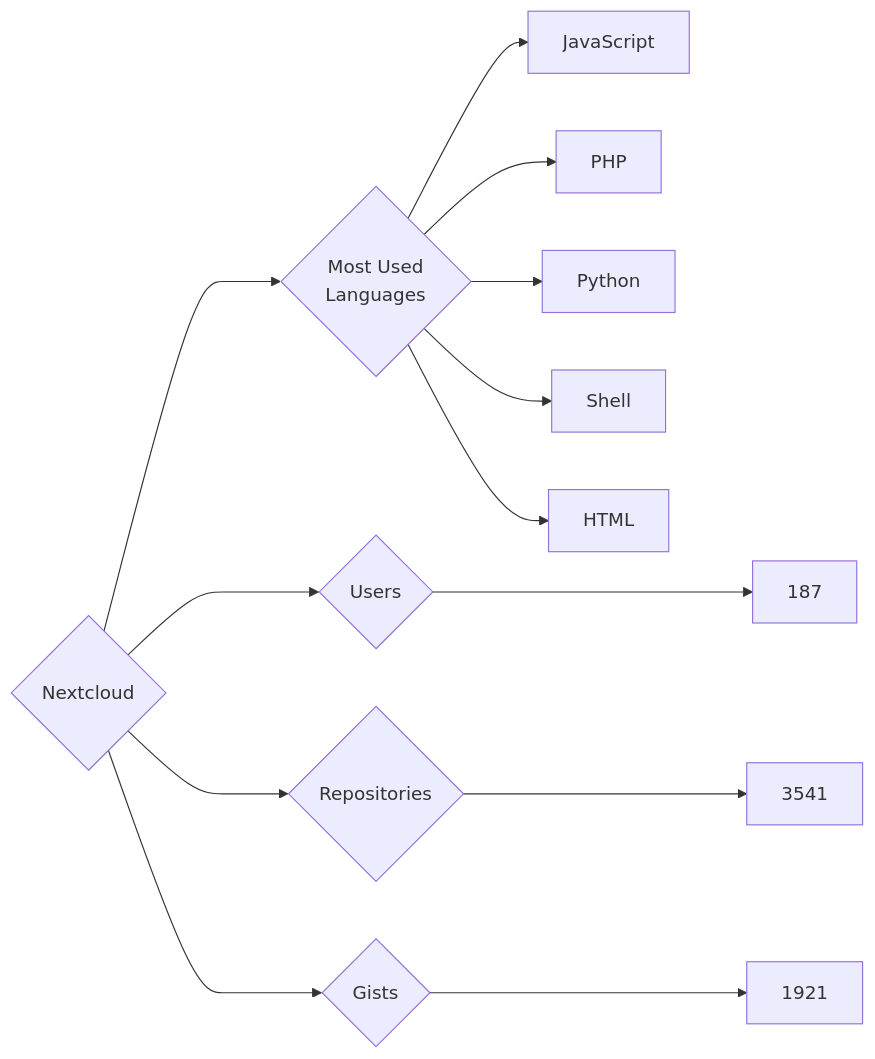
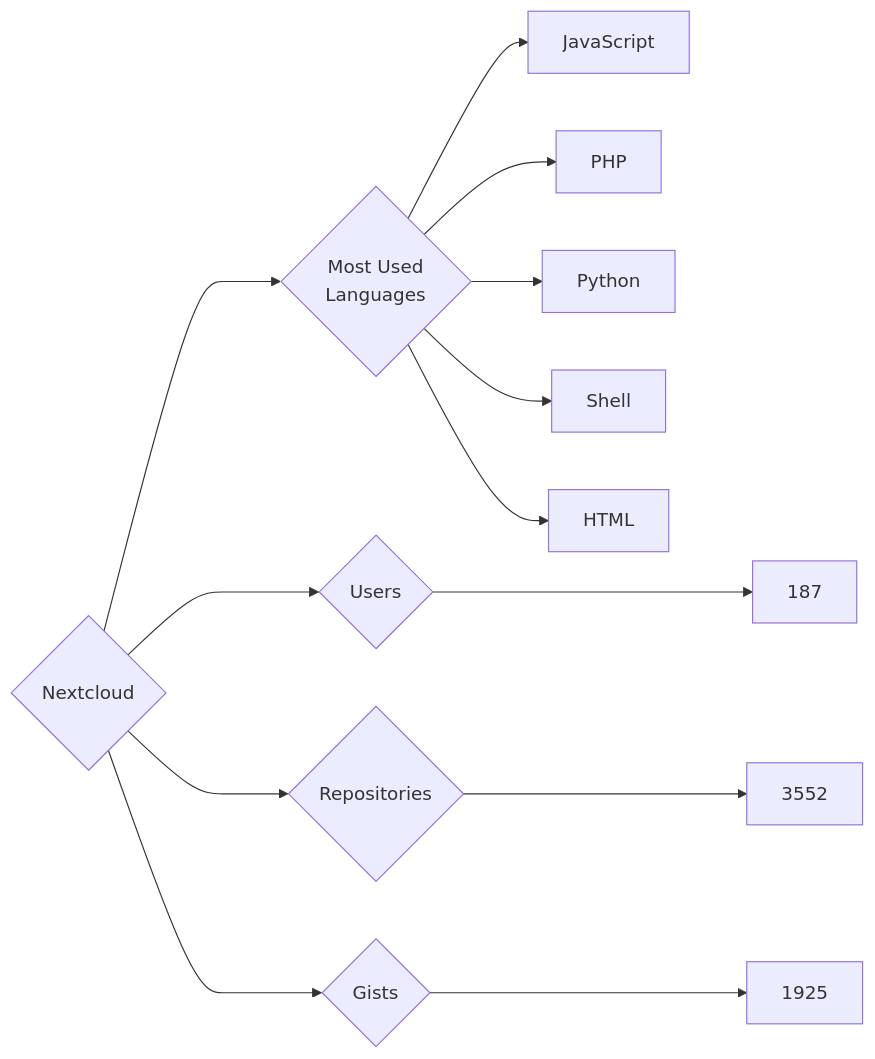
One commit to trickest/insiders changed the diagram in targets/Nextcloud/README.md. Above: the diagram before and after it, drawn with Mermaid. The commit also changed 797 other files, not shown here.

````diff
--- a/targets/Nextcloud/README.md
+++ b/targets/Nextcloud/README.md
@@ -3,13 +3,13 @@
 ```mermaid
 graph LR
 COMPANY_NAME{Nextcloud}
 COMPANY_NAME ---> U{Users} ---> UN[187]
-COMPANY_NAME ---> R{Repositories} ---> RN[3541]
-COMPANY_NAME ---> G{Gists} ---> GN[1921]
+COMPANY_NAME ---> R{Repositories} ---> RN[3552]
+COMPANY_NAME ---> G{Gists} ---> GN[1925]
 COMPANY_NAME ---> ML{Most Used<br>Languages}
 ML --> JavaScript[JavaScript]
 ML --> PHP[PHP]
 ML --> Python[Python]
 ML --> Shell[Shell]
 ML --> HTML[HTML]
 ```
````
